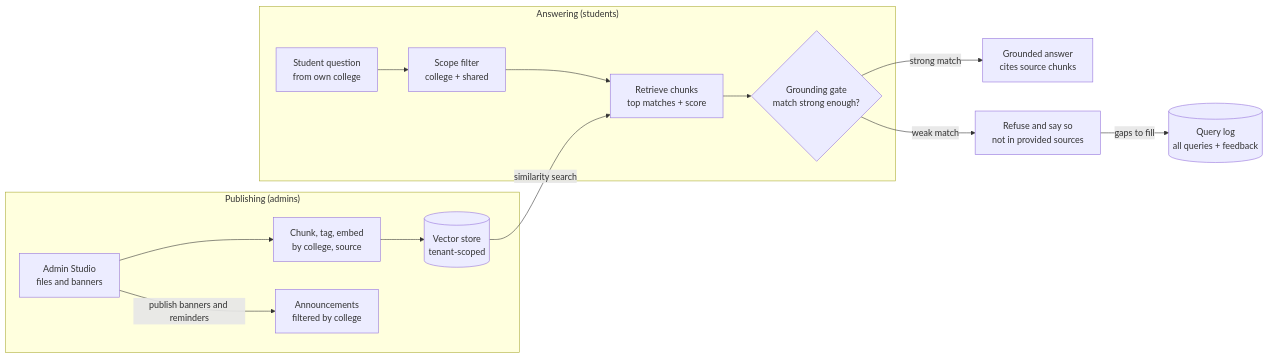
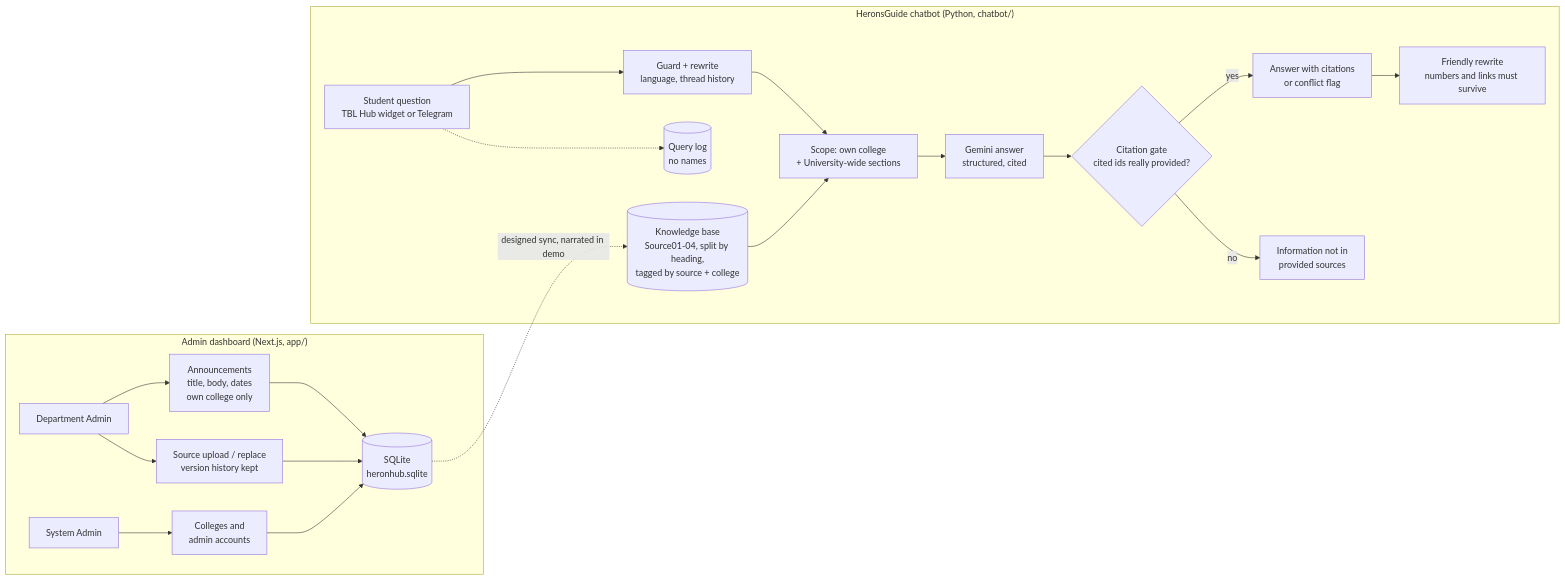
The diagram in docs/product/02-prd.md (Jerothegreat/infotech2026-Blub-Blub-Blub), drawn with Mermaid before and after one commit. The commit also changed other lines of this file and 61 other files, not shown here.

First line of the commit message:
feat(chatbot): add grounded HeronsGuide chatbot and plan-01 docs

````diff
--- a/docs/product/02-prd.md
+++ b/docs/product/02-prd.md
@@ -51,17 +56,24 @@
 ```mermaid
 flowchart LR
-  subgraph Publishing["Publishing (admins)"]
-    A[Admin Studio<br/>files and banners] --> B[Chunk, tag, embed<br/>by college, source]
-    B --> C[(Vector store<br/>tenant-scoped)]
-    A -->|publish banners and reminders| F[Announcements<br/>filtered by college]
+  subgraph Admin["Admin dashboard (Next.js, app/)"]
+    DA[Department Admin] --> AN[Announcements<br/>title, body, dates<br/>own college only]
+    DA --> SRC[Source upload / replace<br/>version history kept]
+    SA[System Admin] --> TEN[Colleges and<br/>admin accounts]
+    AN --> DB[(SQLite<br/>heronhub.sqlite)]
+    SRC --> DB
+    TEN --> DB
   end
-  subgraph Answering["Answering (students)"]
-    Q[Student question<br/>from own college] --> S[Scope filter<br/>college + shared]
-    S --> R[Retrieve chunks<br/>top matches + score]
-    C -->|similarity search| R
-    R --> G{Grounding gate<br/>match strong enough?}
+  subgraph Bot["HeronsGuide chatbot (Python, chatbot/)"]
+    KB[(Knowledge base<br/>Source01-04, split by heading,<br/>tagged by source + college)]
+    Q[Student question<br/>TBL Hub widget or Telegram] --> G1[Guard + rewrite<br/>language, thread history]
+    G1 --> SC[Scope: own college<br/>+ University-wide sections]
+    KB --> SC
+    SC --> ANS[Gemini answer<br/>structured, cited]
+    ANS --> GATE{Citation gate<br/>cited ids really provided?}
+    GATE -->|yes| OK[Answer with citations<br/>or conflict flag]
+    GATE -->|no| NO[Information not in<br/>provided sources]
+    OK --> FR[Friendly rewrite<br/>numbers and links must survive]
+    Q -.-> LOG[(Query log<br/>no names)]
   end
-  G -->|strong match| Y[Grounded answer<br/>cites source chunks]
-  G -->|weak match| N[Refuse and say so<br/>not in provided sources]
-  N -->|gaps to fill| L[(Query log<br/>all queries + feedback)]
+  DB -. designed sync, narrated in demo .-> KB
 ```
````
